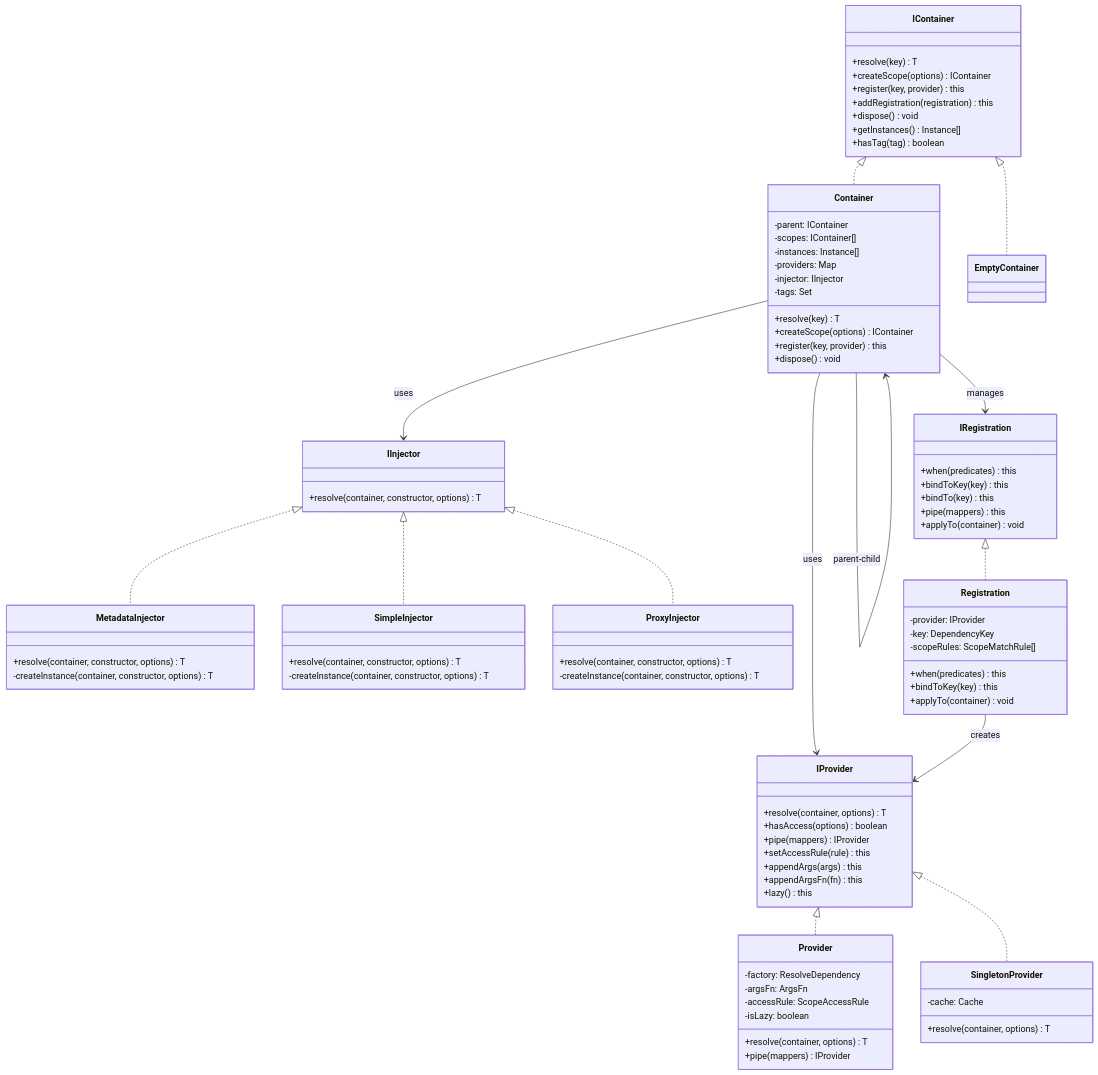
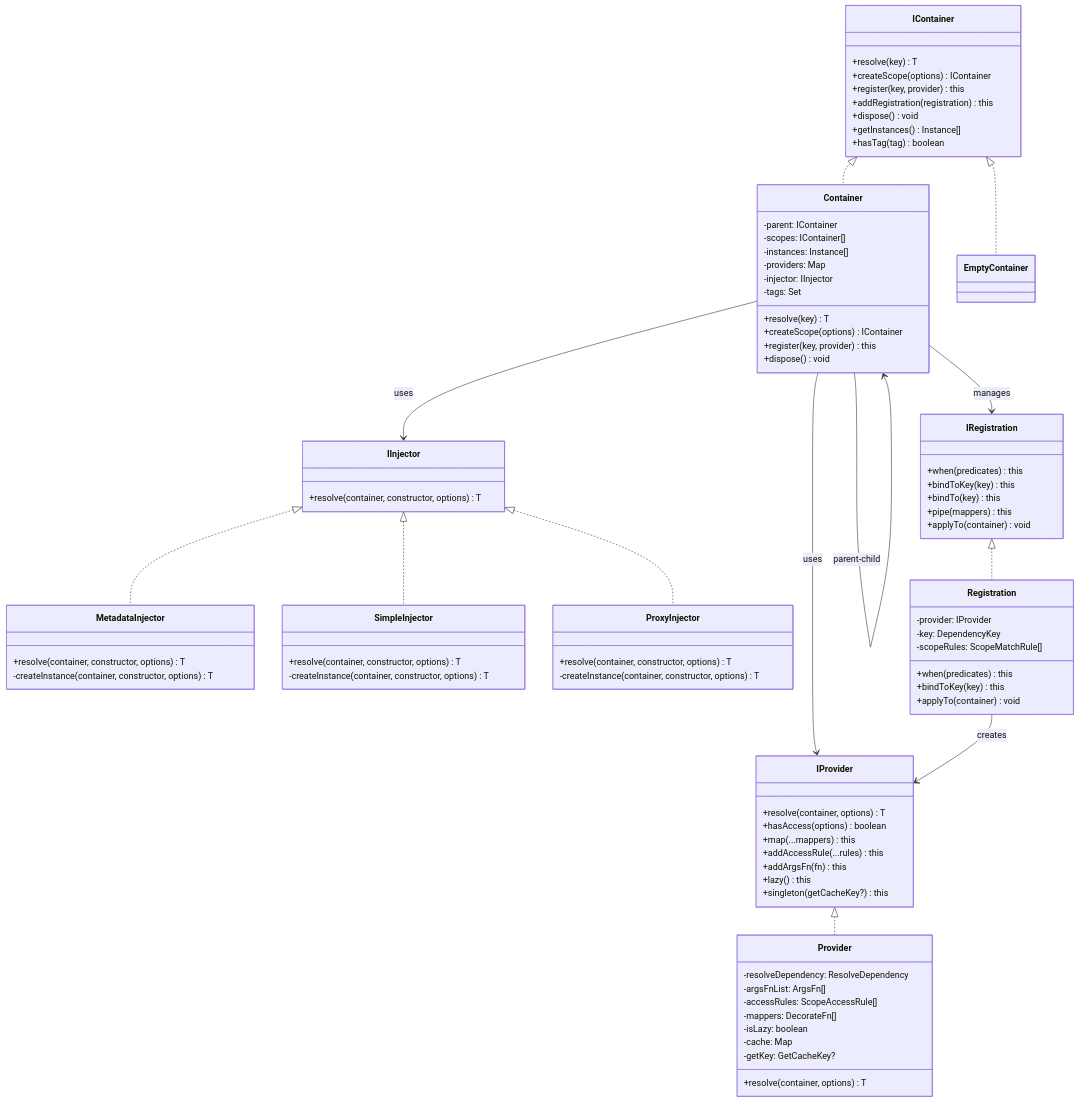
One commit to IgorBabkin/ts-ioc-container changed the diagram in docs/src/assets/diagrams/class-diagram.mermaid. Above: the diagram before and after it, drawn with Mermaid. The commit also changed 24 other files, not shown here.

First line of the commit message:
refactor(provider)!: collapse SingletonProvider/DecoratorProvider into Provider (#75)

```diff
--- a/docs/src/assets/diagrams/class-diagram.mermaid
+++ b/docs/src/assets/diagrams/class-diagram.mermaid
@@ -1,97 +1,93 @@
 classDiagram
     class IContainer {
         +resolve(key) T
         +createScope(options) IContainer
         +register(key, provider) this
         +addRegistration(registration) this
         +dispose() void
         +getInstances() Instance[]
         +hasTag(tag) boolean
     }
 
     class Container {
         -parent: IContainer
         -scopes: IContainer[]
         -instances: Instance[]
         -providers: Map
         -injector: IInjector
         -tags: Set
         +resolve(key) T
         +createScope(options) IContainer
         +register(key, provider) this
         +dispose() void
     }
 
     class IProvider {
         +resolve(container, options) T
         +hasAccess(options) boolean
-        +pipe(mappers) IProvider
-        +setAccessRule(rule) this
-        +appendArgs(args) this
-        +appendArgsFn(fn) this
+        +map(...mappers) this
+        +addAccessRule(...rules) this
+        +addArgsFn(fn) this
         +lazy() this
+        +singleton(getCacheKey?) this
     }
 
     class Provider {
-        -factory: ResolveDependency
-        -argsFn: ArgsFn
-        -accessRule: ScopeAccessRule
+        -resolveDependency: ResolveDependency
+        -argsFnList: ArgsFn[]
+        -accessRules: ScopeAccessRule[]
+        -mappers: DecorateFn[]
         -isLazy: boolean
-        +resolve(container, options) T
-        +pipe(mappers) IProvider
-    }
-
-    class SingletonProvider {
-        -cache: Cache
+        -cache: Map
+        -getKey: GetCacheKey?
         +resolve(container, options) T
     }
 
     class IInjector {
         +resolve(container, constructor, options) T
     }
 
     class MetadataInjector {
         +resolve(container, constructor, options) T
         -createInstance(container, constructor, options) T
     }
 
     class SimpleInjector {
         +resolve(container, constructor, options) T
         -createInstance(container, constructor, options) T
     }
 
     class ProxyInjector {
         +resolve(container, constructor, options) T
         -createInstance(container, constructor, options) T
     }
 
     class IRegistration {
         +when(predicates) this
         +bindToKey(key) this
         +bindTo(key) this
         +pipe(mappers) this
         +applyTo(container) void
     }
 
     class Registration {
         -provider: IProvider
         -key: DependencyKey
         -scopeRules: ScopeMatchRule[]
         +when(predicates) this
         +bindToKey(key) this
         +applyTo(container) void
     }
 
     IContainer <|.. Container
     IContainer <|.. EmptyContainer
     Container --> IProvider : uses
     Container --> IInjector : uses
     Container --> IRegistration : manages
     IProvider <|.. Provider
-    IProvider <|.. SingletonProvider
     IInjector <|.. MetadataInjector
     IInjector <|.. SimpleInjector
     IInjector <|.. ProxyInjector
     IRegistration <|.. Registration
     Registration --> IProvider : creates
     Container --> Container : parent-child
```
